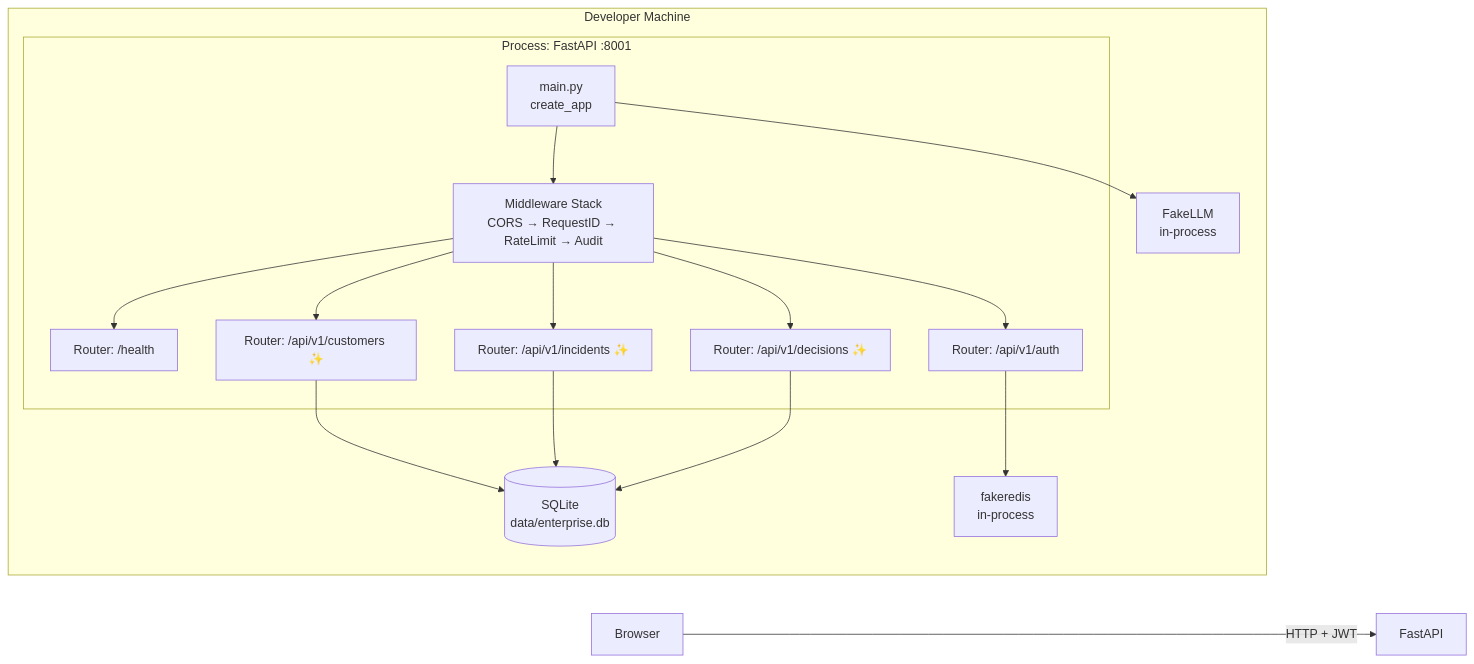
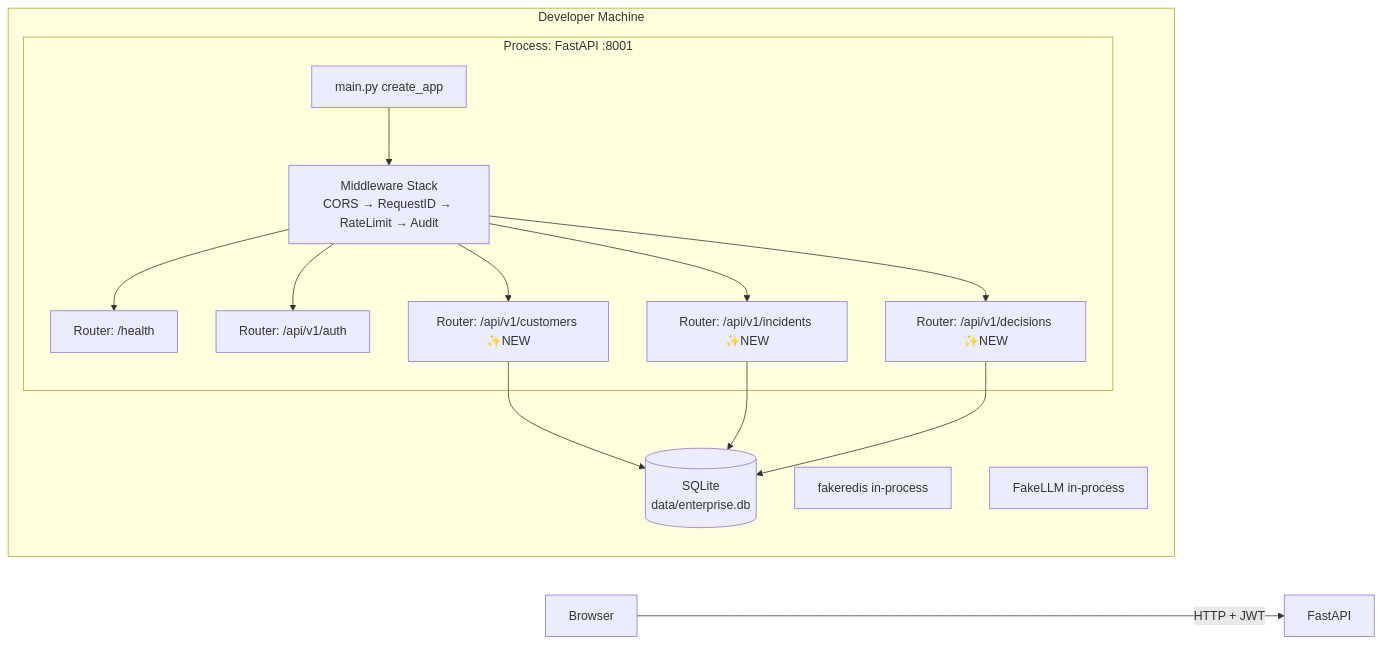
Before and after one commit to sarat-coder/NovaEnterprise: the first of 5 diagrams in internal/Infra_design_evolution/Phase5_Infra_design_evolution.md, drawn with Mermaid. The commit also changed other lines of this file and 4 other files, not shown here.

````diff
--- a/internal/Infra_design_evolution/Phase5_Infra_design_evolution.md
+++ b/internal/Infra_design_evolution/Phase5_Infra_design_evolution.md
@@ -16,25 +15,21 @@
 ```mermaid
 flowchart LR
     subgraph Developer Machine
         direction TB
         subgraph Process: FastAPI :8001
-            MAIN[main.py\ncreate_app]
+            MAIN[main.py create_app]
             MW[Middleware Stack\nCORS → RequestID → RateLimit → Audit]
             R_HEALTH[Router: /health]
             R_AUTH[Router: /api/v1/auth]
-            R_CUSTOMERS[Router: /api/v1/customers ✨]
-            R_INCIDENTS[Router: /api/v1/incidents ✨]
-            R_DECISIONS[Router: /api/v1/decisions ✨]
+            R_CUSTOMERS[Router: /api/v1/customers ✨NEW]
+            R_INCIDENTS[Router: /api/v1/incidents ✨NEW]
+            R_DECISIONS[Router: /api/v1/decisions ✨NEW]
             MAIN --> MW --> R_HEALTH & R_AUTH & R_CUSTOMERS & R_INCIDENTS & R_DECISIONS
         end
-
         DB[(SQLite\ndata/enterprise.db)]
-        FAKE_REDIS[fakeredis\nin-process]
-        FAKE_LLM[FakeLLM\nin-process]
+        FAKE_REDIS[fakeredis in-process]
+        FAKE_LLM[FakeLLM in-process]
     end
-
     Browser -->|HTTP + JWT| FastAPI
     R_CUSTOMERS & R_INCIDENTS & R_DECISIONS --> DB
-    R_AUTH --> FAKE_REDIS
-    MAIN --> FAKE_LLM
 ```
````
